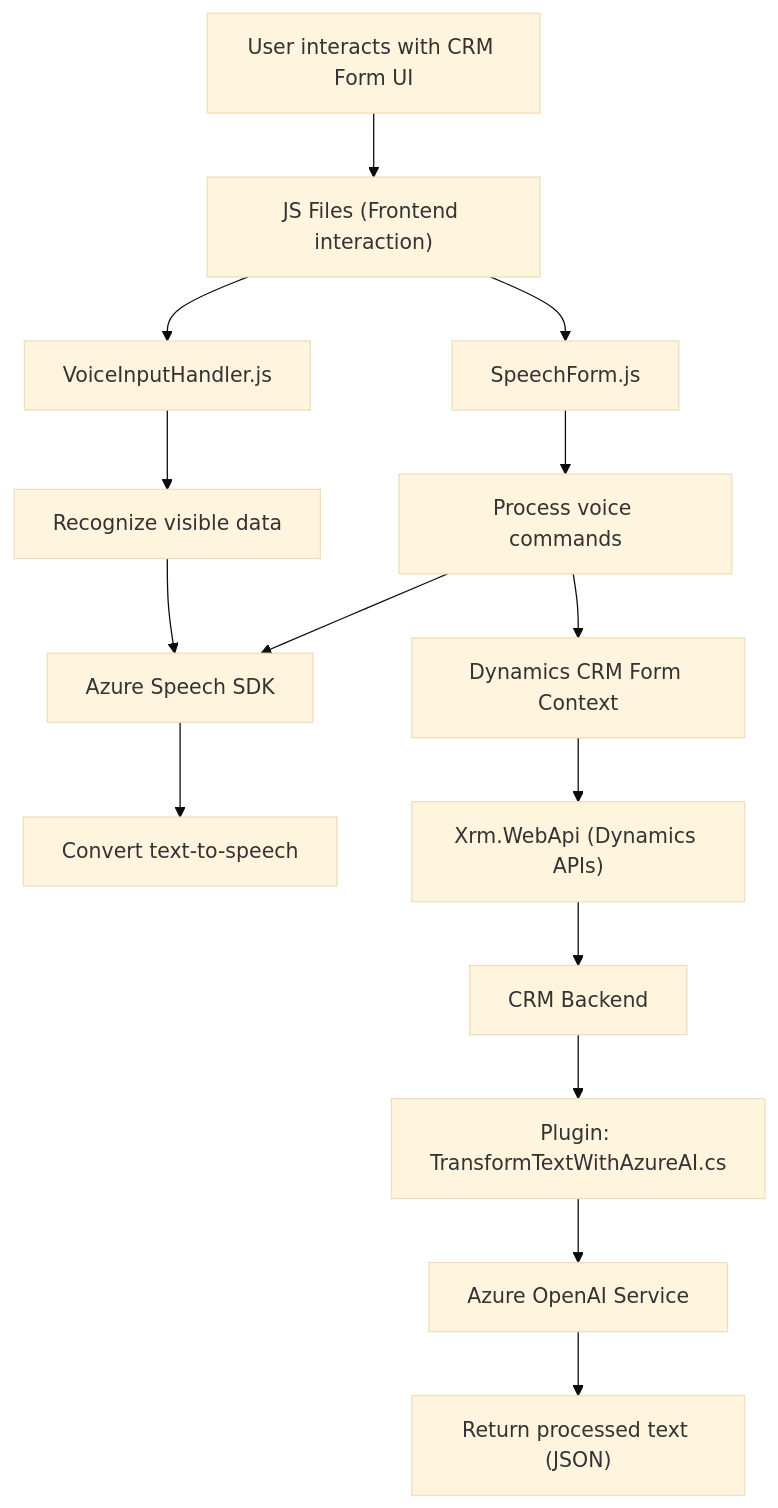
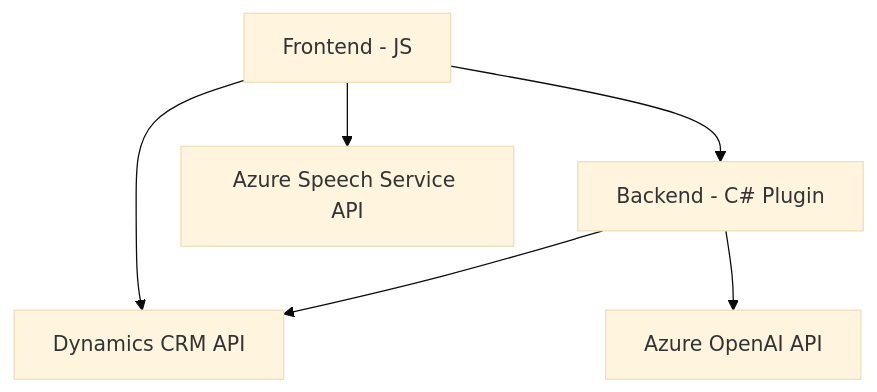
The diagram in README.md (blopezdm/NETCORE_BILBAO2025), drawn with Mermaid (base theme) before and after one commit. The commit also changed other lines of this file, not shown here.

````diff
--- a/README.md
+++ b/README.md
@@ -45,17 +42,14 @@
 ```mermaid
 graph TD
-    A["User interacts with CRM Form UI"] --> B["JS Files (Frontend interaction)"]
-    B --> C["VoiceInputHandler.js"]
-    B --> D["SpeechForm.js"]
-    C --> E["Recognize visible data"]
-    E --> F["Azure Speech SDK"]
-    D --> G["Process voice commands"]
-    G --> F
-    G --> H["Dynamics CRM Form Context"]
-    F --> I["Convert text-to-speech"]
-    H --> J["Xrm.WebApi (Dynamics APIs)"]
-    J --> K["CRM Backend"]
-    K --> L["Plugin: TransformTextWithAzureAI.cs"]
-    L --> M["Azure OpenAI Service"]
-    M --> N["Return processed text (JSON)"]
+    A["Frontend - JS"]
+    B["Backend - C# Plugin"]
+    C["Azure Speech Service API"]
+    D["Azure OpenAI API"]
+    E["Dynamics CRM API"]
+
+    A --> C
+    A --> E
+    A --> B
+    B --> D
+    B --> E
 ```
````
